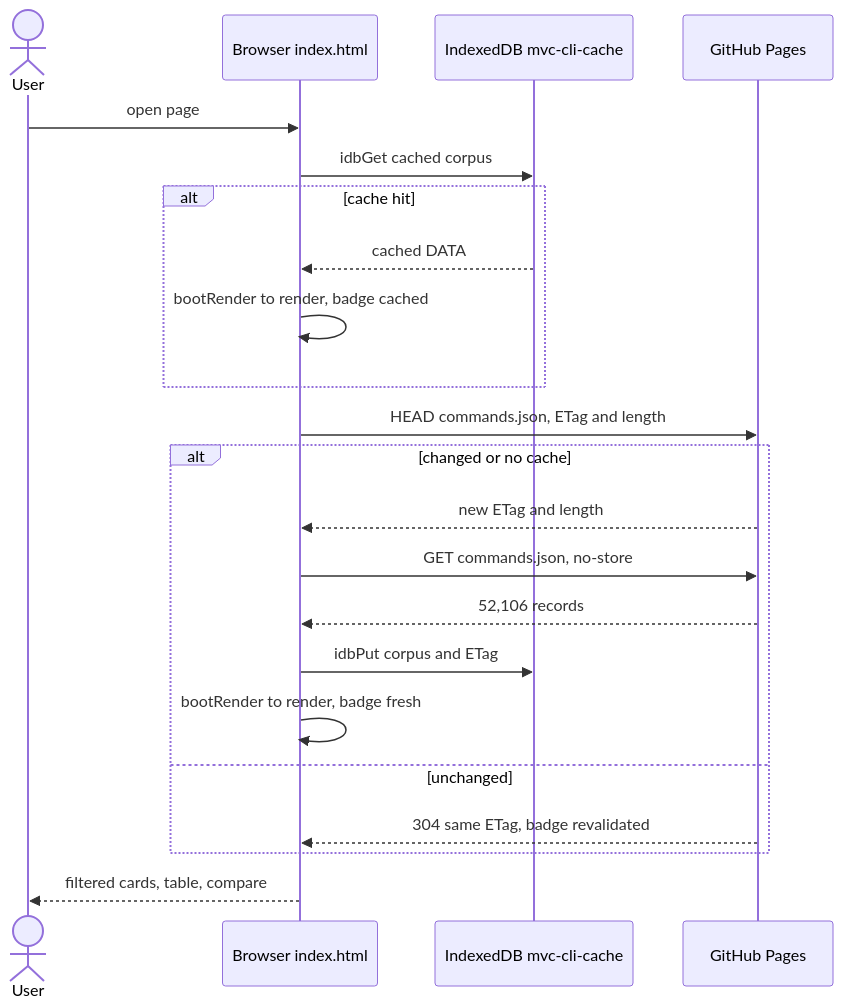
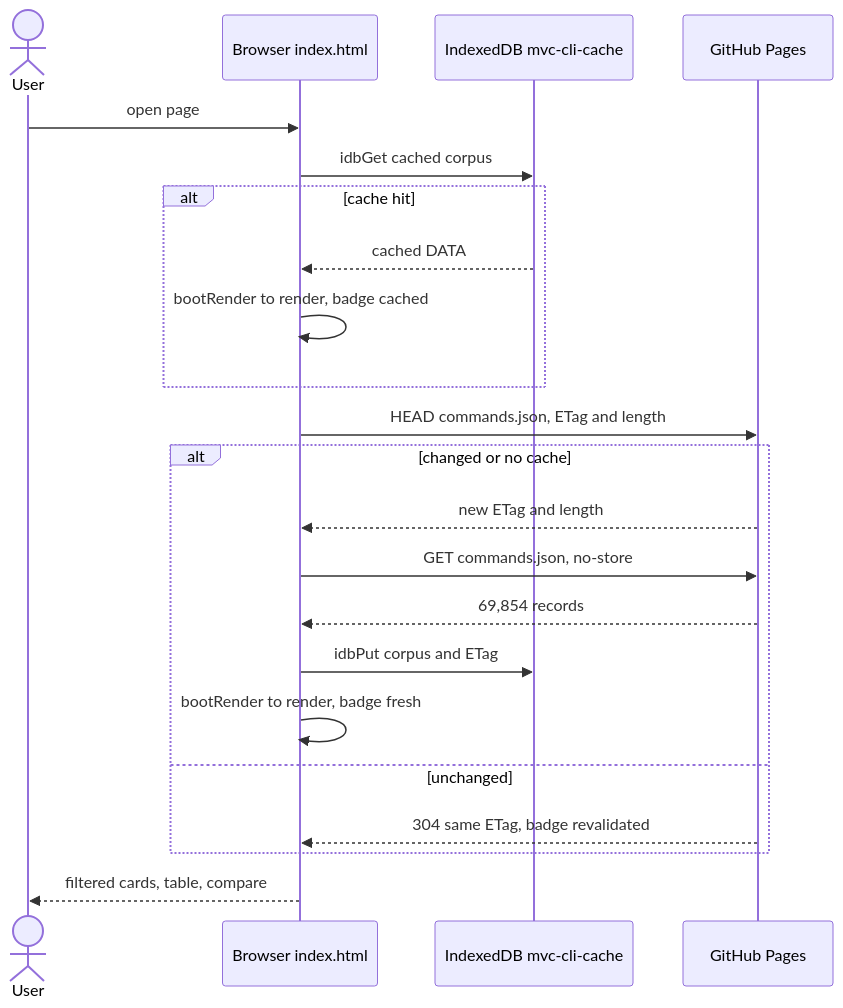
Before and after one commit to gesh75/multivendor-cli-configurator: the third of 6 diagrams in docs/ARCHITECTURE.md, drawn with Mermaid. The commit also changed other lines of this file and 3 other files, not shown here.

````diff
--- a/docs/ARCHITECTURE.md
+++ b/docs/ARCHITECTURE.md
@@ -120,25 +120,25 @@
 ```mermaid
 sequenceDiagram
     actor User
     participant B as Browser index.html
     participant IDB as IndexedDB mvc-cli-cache
     participant CDN as GitHub Pages
 
     User->>B: open page
     B->>IDB: idbGet cached corpus
     alt cache hit
         IDB-->>B: cached DATA
         B->>B: bootRender to render, badge cached
     end
     B->>CDN: HEAD commands.json, ETag and length
     alt changed or no cache
         CDN-->>B: new ETag and length
         B->>CDN: GET commands.json, no-store
-        CDN-->>B: 52,106 records
+        CDN-->>B: 69,854 records
         B->>IDB: idbPut corpus and ETag
         B->>B: bootRender to render, badge fresh
     else unchanged
         CDN-->>B: 304 same ETag, badge revalidated
     end
     B-->>User: filtered cards, table, compare
 ```
````
